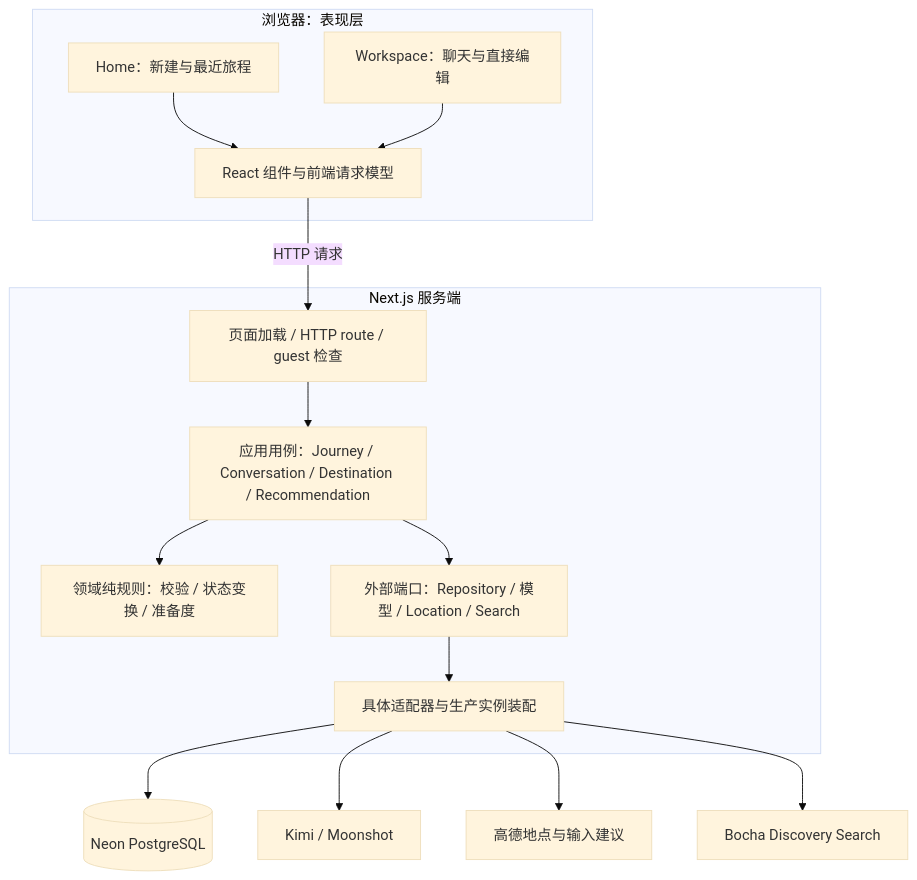
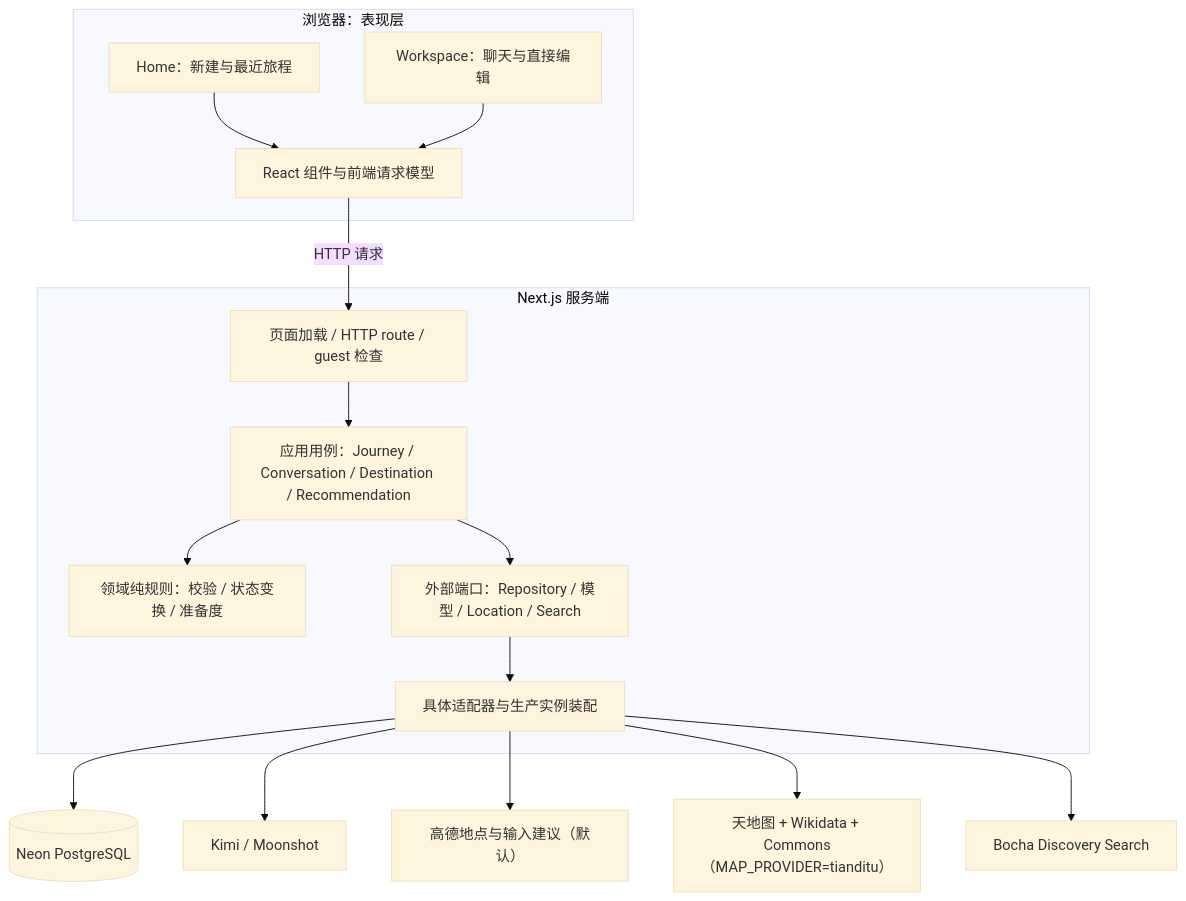
Before and after one commit to meiyulin22/Meri-Road-Trip: the first of 6 diagrams in docs/ARCHITECTURE.md, drawn with Mermaid (base theme). The commit also changed other lines of this file and 48 other files, not shown here.

Commit message:
feat(map): add Tianditu as a switchable map provider with Wikidata ranking and Commons photos, and record the provider trials 1.0500

````diff
--- a/docs/ARCHITECTURE.md
+++ b/docs/ARCHITECTURE.md
@@ -9,26 +9,27 @@
 ```mermaid
 flowchart TB
   subgraph browser[浏览器：表现层]
     home[Home：新建与最近旅程]
     workspace[Workspace：聊天与直接编辑]
     ui[React 组件与前端请求模型]
     home --> ui
     workspace --> ui
   end
   subgraph server[Next.js 服务端]
     entry[页面加载 / HTTP route / guest 检查]
     usecase[应用用例：Journey / Conversation / Destination / Recommendation]
     domain[领域纯规则：校验 / 状态变换 / 准备度]
     ports[外部端口：Repository / 模型 / Location / Search]
     adapters[具体适配器与生产实例装配]
     entry --> usecase
     usecase --> domain
     usecase --> ports
     ports --> adapters
   end
   ui -->|HTTP 请求| entry
   adapters --> db[(Neon PostgreSQL)]
   adapters --> kimi[Kimi / Moonshot]
-  adapters --> amap[高德地点与输入建议]
+  adapters --> amap[高德地点与输入建议（默认）]
+  adapters --> tianditu[天地图 + Wikidata + Commons（MAP_PROVIDER=tianditu）]
   adapters --> bocha[Bocha Discovery Search]
 ```
````
